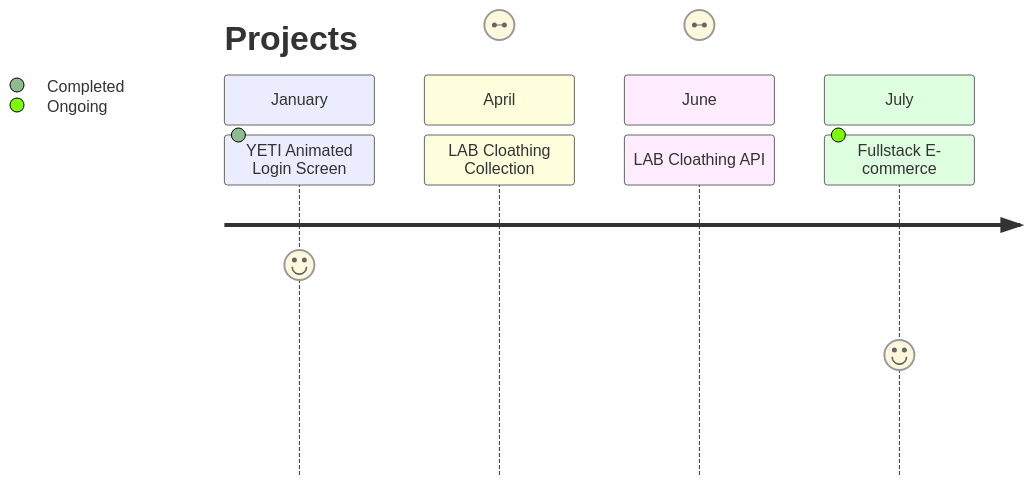
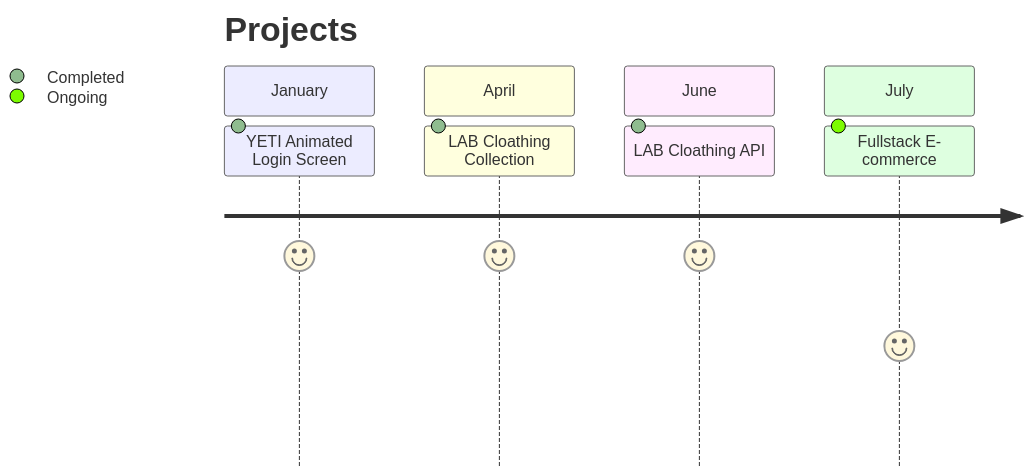
Before and after one commit to MatheusFilipeFreitas/MatheusFilipeFreitas: the diagram in README.md, drawn with Mermaid.

````diff
--- a/README.md
+++ b/README.md
@@ -38,27 +38,27 @@
 ```mermaid
 journey
 	title Projects
 	section January
     YETI Animated Login Screen: 7: Completed
   section February
   	
   section March 
   	
   section April 
-  	LAB Cloathing Collection: Completed
+  	LAB Cloathing Collection: 7: Completed
   section May 
   
   section June 
-  	LAB Cloathing API: Completed
+  	LAB Cloathing API: 7: Completed
   section July 
  	 Fullstack E-commerce: 4: Ongoing
   section August  
   
   section September  
   
   section October  
   
   section November  
   
   section December  
 ```
````
